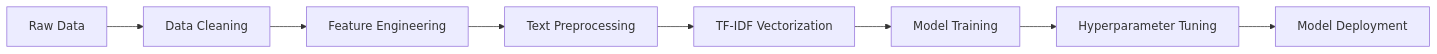
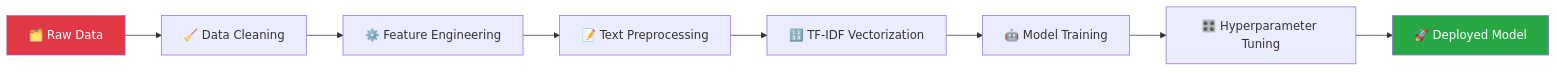
Before and after one commit to deepakrajjs-29/Zomato-Restaurant-Rating-Prediction-and-Sentiment-Analysis: the diagram in README.md, drawn with Mermaid. The commit also changed other lines of this file, not shown here.

````diff
--- a/README.md
+++ b/README.md
@@ -326,10 +246,13 @@
 ```mermaid
 graph LR
-    A[Raw Data] --> B[Data Cleaning]
-    B --> C[Feature Engineering]
-    C --> D[Text Preprocessing]
-    D --> E[TF-IDF Vectorization]
-    E --> F[Model Training]
-    F --> G[Hyperparameter Tuning]
-    G --> H[Model Deployment]
+    A[🗂️ Raw Data] --> B[🧹 Data Cleaning]
+    B --> C[⚙️ Feature Engineering]
+    C --> D[📝 Text Preprocessing]
+    D --> E[🔢 TF-IDF Vectorization]
+    E --> F[🤖 Model Training]
+    F --> G[🎛️ Hyperparameter Tuning]
+    G --> H[🚀 Deployed Model]
+
+    style A fill:#E23744,color:#fff
+    style H fill:#28a745,color:#fff
 ```
````
